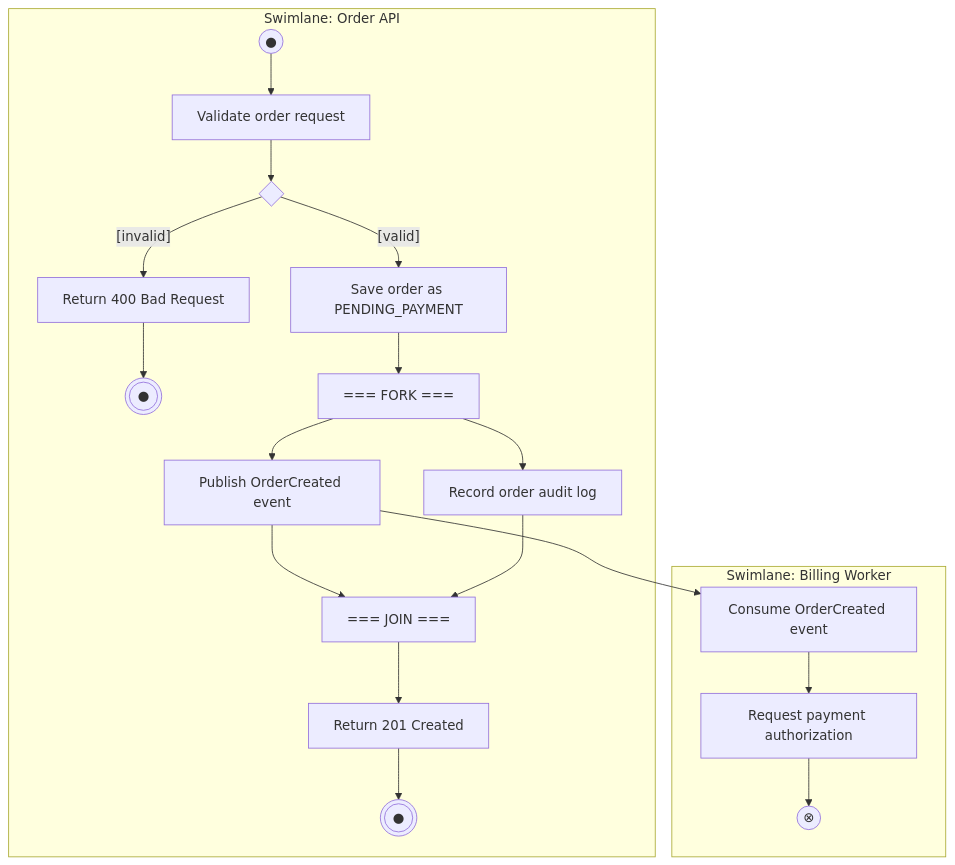
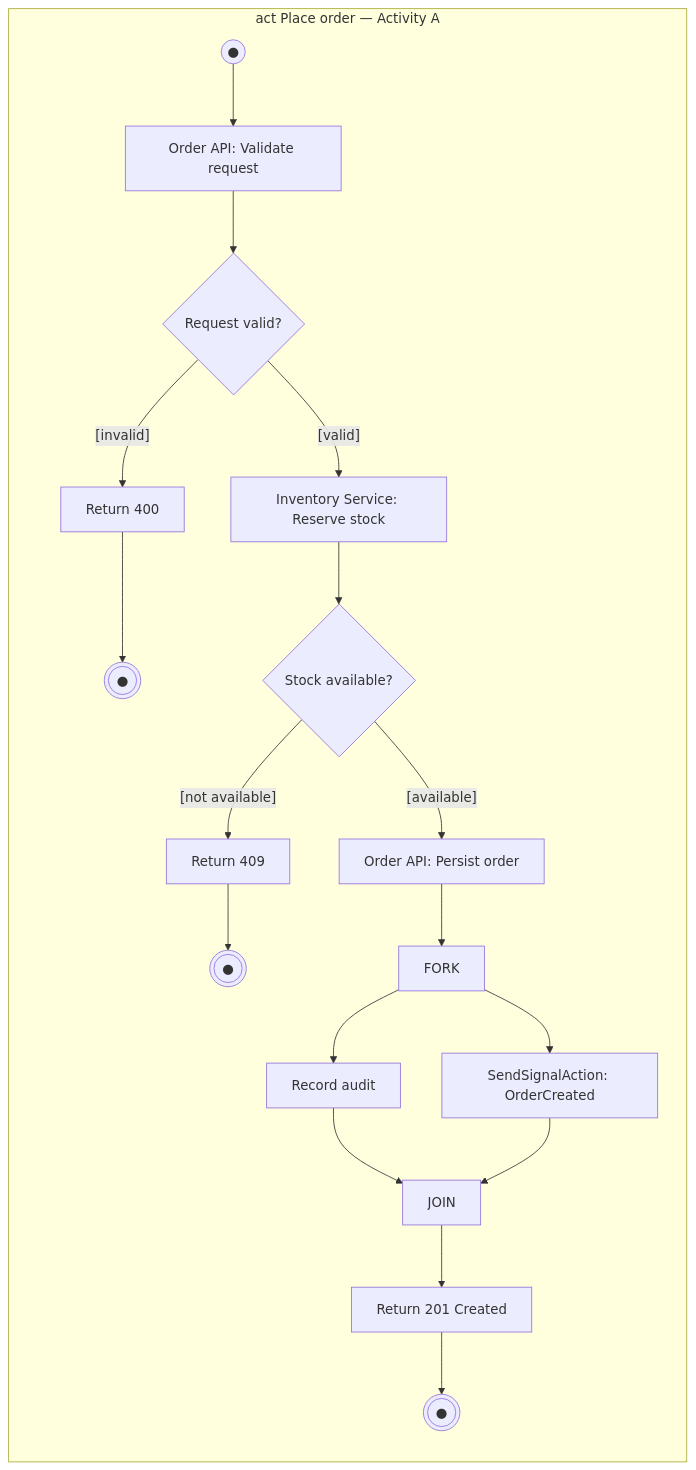
Before and after one commit to MAVIS-Platform/mavis-platform: the eighth of 11 diagrams in docs/MAVIS_9_DIAGRAMS_STANDARD_GUIDE.md, drawn with Mermaid. The commit also changed other lines of this file and 150 other files, not shown here.

First line of the commit message:
feat: upgrade architecture workspace, model diffing, impact analysis, 3E AI explanations, and coursework flows (#39)

````diff
--- a/docs/MAVIS_9_DIAGRAMS_STANDARD_GUIDE.md
+++ b/docs/MAVIS_9_DIAGRAMS_STANDARD_GUIDE.md
@@ -719,33 +751,31 @@
 ```mermaid
 flowchart TB
-    subgraph OrderAPILane["Swimlane: Order API"]
+    subgraph CreateOrder["act Place order — Activity A"]
+        direction TB
         start((●))
-        validate["Validate order request"]
-        decValid{" "}
-        ret400["Return 400 Bad Request"]
+        validate["Order API: Validate request"]
+        decValid{"Request valid?"}
+        ret400["Return 400"]
         end400(((●)))
-        saveOrder["Save order as PENDING_PAYMENT"]
-        forkBar["=== FORK ==="]
-        pubEvent["Publish OrderCreated event"]
-        auditLog["Record order audit log"]
-        joinBar["=== JOIN ==="]
+        decStock{"Stock available?"}
+        ret409["Return 409"]
+        end409(((●)))
+        saveOrder["Order API: Persist order"]
+        forkBar["FORK"]
+        auditLog["Record audit"]
+        pubEvent["SendSignalAction: OrderCreated"]
+        joinBar["JOIN"]
         ret201["Return 201 Created"]
         end201(((●)))
+        resStock["Inventory Service: Reserve stock"]
+        start --> validate --> decValid
+        decValid -->|"[invalid]"| ret400 --> end400
+        decValid -->|"[valid]"| resStock
+        resStock --> decStock
+        decStock -->|"[not available]"| ret409 --> end409
+        decStock -->|"[available]"| saveOrder --> forkBar
+        forkBar --> auditLog --> joinBar
+        forkBar --> pubEvent --> joinBar
+        joinBar --> ret201 --> end201
     end
-
-    subgraph BillingLane["Swimlane: Billing Worker"]
-        consumeEvt["Consume OrderCreated event"]
-        callPay["Request payment authorization"]
-        flowEnd((⊗))
-    end
-
-    start --> validate --> decValid
-    decValid -->|"[invalid]"| ret400 --> end400
-    decValid -->|"[valid]"| saveOrder --> forkBar
-    forkBar --> pubEvent
-    forkBar --> auditLog
-    pubEvent --> joinBar
-    auditLog --> joinBar
-    joinBar --> ret201 --> end201
-    pubEvent --> consumeEvt --> callPay --> flowEnd
 ```
````
